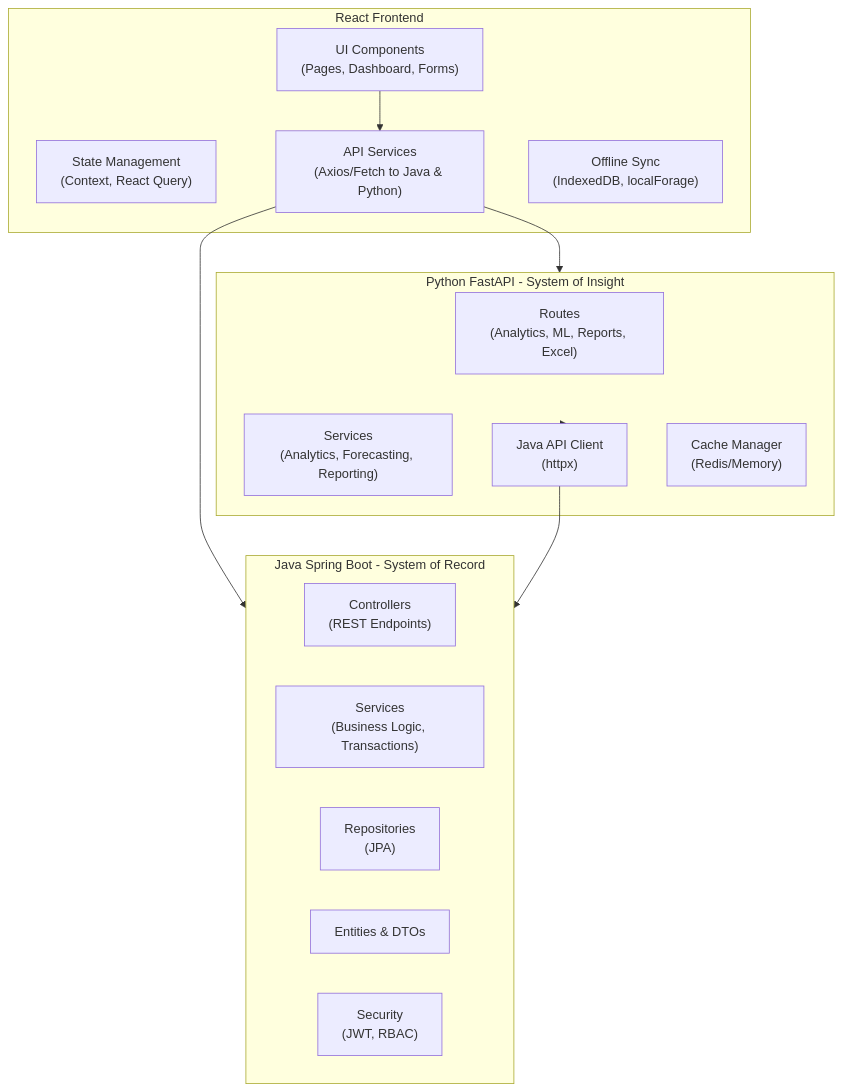
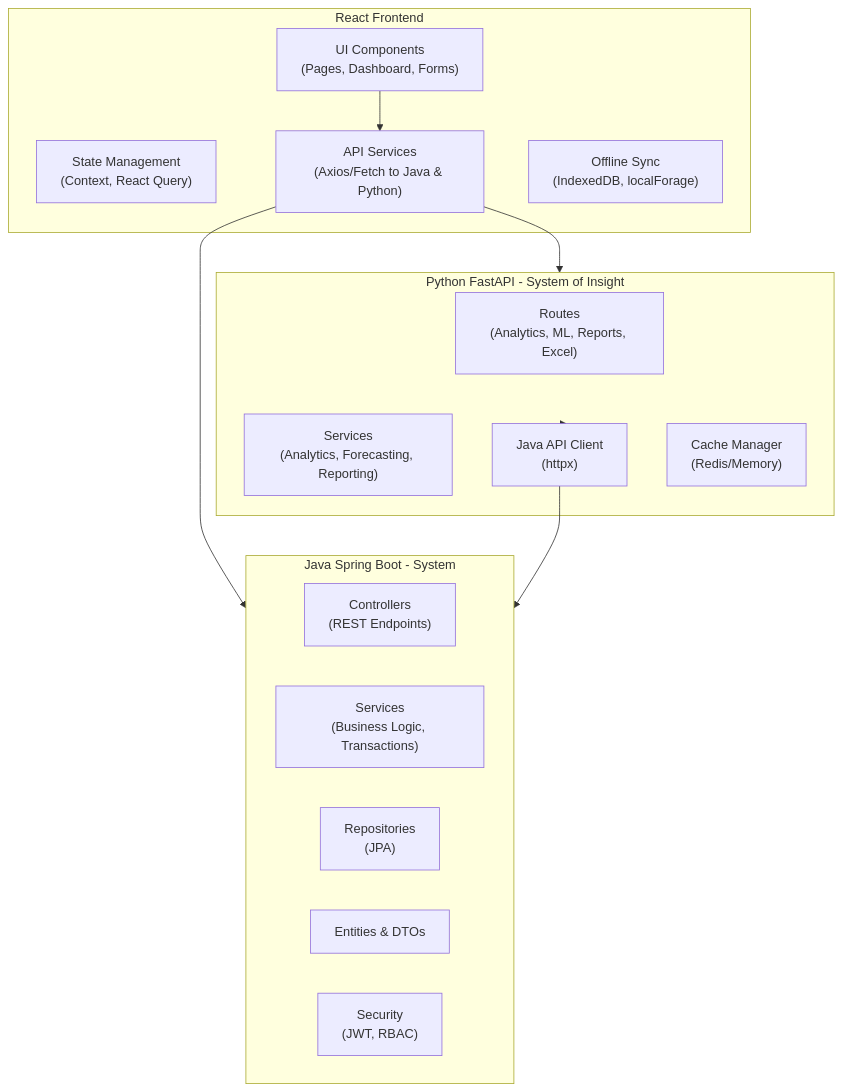
One commit to rado4002/-SalesFlow-Lite changed the second of 4 diagrams in docs/Architecture Design .md. Above: the diagram before and after it, drawn with Mermaid.

Commit message:
Update Architecture Design .md

````diff
--- a/docs/Architecture Design .md
+++ b/docs/Architecture Design .md
@@ -70,30 +70,30 @@
 ```mermaid
 graph TD
     subgraph Frontend["React Frontend"]
         UI["UI Components<br/>(Pages, Dashboard, Forms)"]
         State["State Management<br/>(Context, React Query)"]
         API["API Services<br/>(Axios/Fetch to Java & Python)"]
         Offline["Offline Sync<br/>(IndexedDB, localForage)"]
     end
 
-    subgraph Java["Java Spring Boot - System of Record"]
+    subgraph Java["Java Spring Boot - System "]
         Ctrl["Controllers<br/>(REST Endpoints)"]
         Svc["Services<br/>(Business Logic, Transactions)"]
         Repo["Repositories<br/>(JPA)"]
         Ent["Entities & DTOs"]
         Sec["Security<br/>(JWT, RBAC)"]
     end
 
     subgraph Python["Python FastAPI - System of Insight"]
         Routes["Routes<br/>(Analytics, ML, Reports, Excel)"]
         Serv["Services<br/>(Analytics, Forecasting, Reporting)"]
         Client["Java API Client<br/>(httpx)"]
         CacheMgr["Cache Manager<br/>(Redis/Memory)"]
     end
 
     UI --> API
     API --> Java
     API --> Python
     Python --> Client
     Client --> Java
 ```
````
